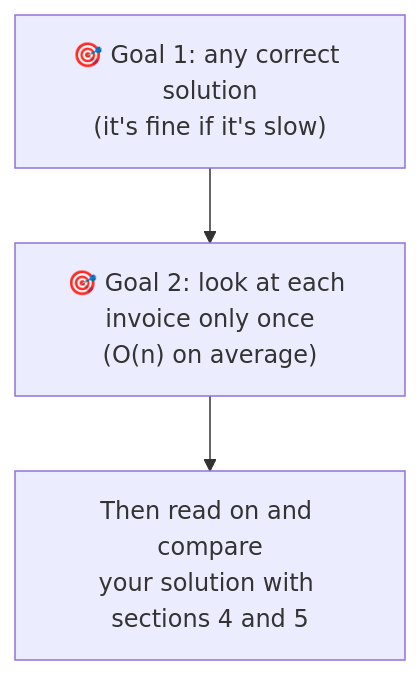
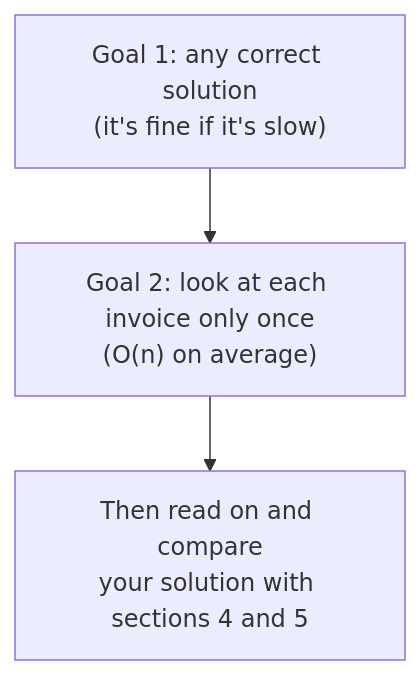
One commit to callasalvatore/csharp-algorithms changed the second of 11 diagrams in lessons/01-two-sum/README.md. Above: the diagram before and after it, drawn with Mermaid. The commit also changed other lines of this file and 4 other files, not shown here.

````diff
--- a/lessons/01-two-sum/README.md
+++ b/lessons/01-two-sum/README.md
@@ -85,5 +67,5 @@
 ```mermaid
 flowchart TB
-    G1["🎯 Goal 1: any correct solution<br/>(it's fine if it's slow)"] --> G2["🎯 Goal 2: look at each invoice only once<br/>(O(n) on average)"]
+    G1["Goal 1: any correct solution<br/>(it's fine if it's slow)"] --> G2["Goal 2: look at each invoice only once<br/>(O(n) on average)"]
     G2 --> S["Then read on and compare<br/>your solution with sections 4 and 5"]
 ```
````
